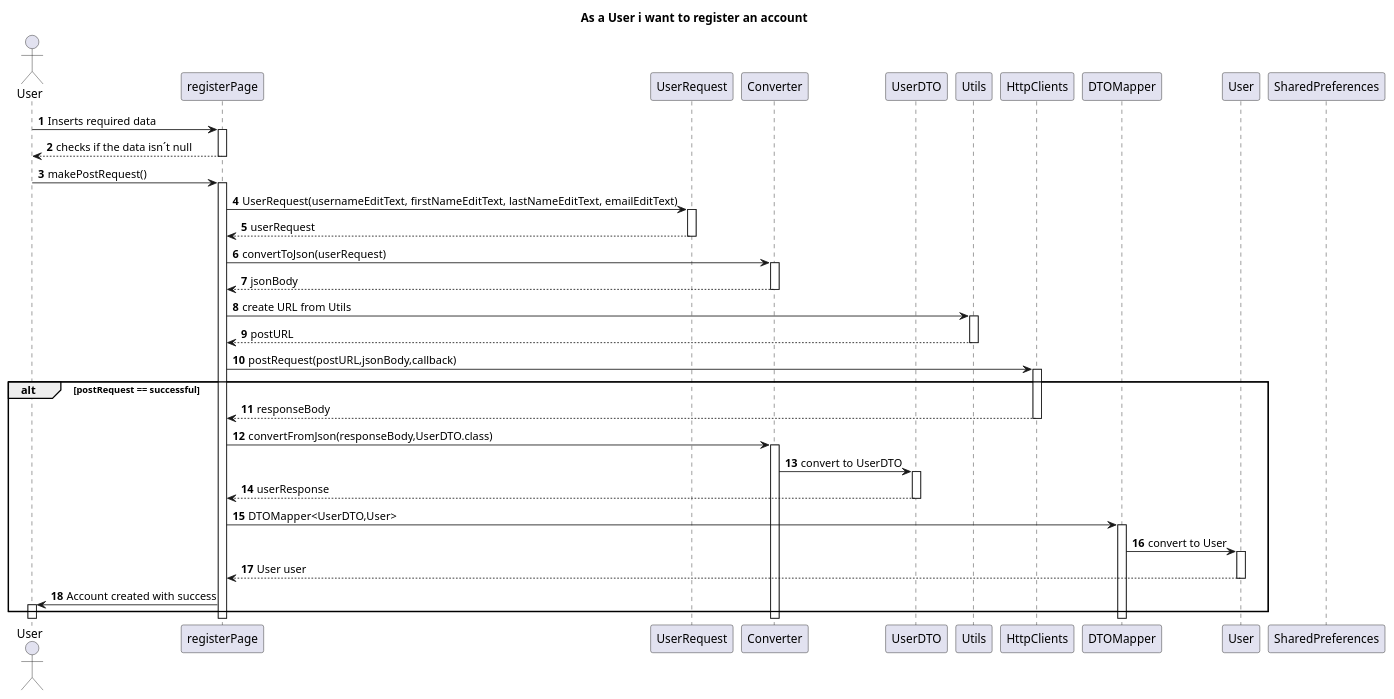
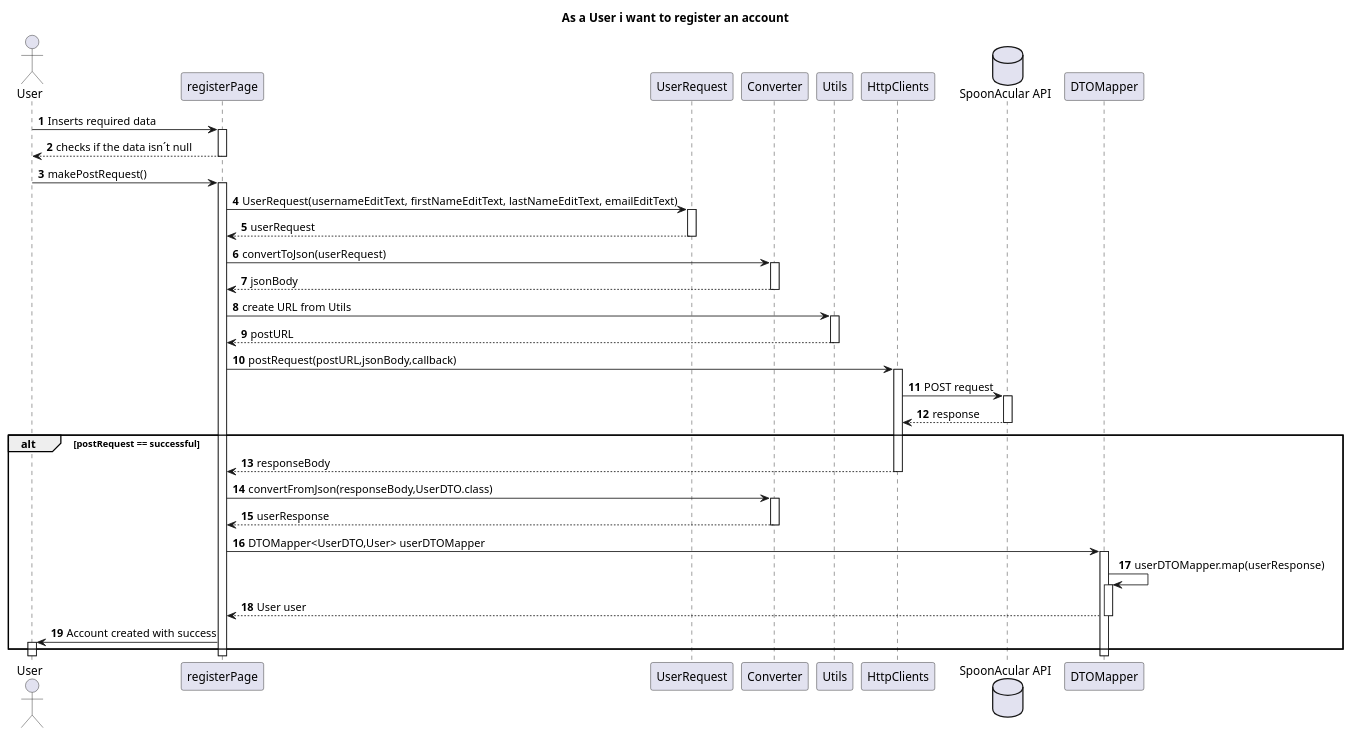
Before and after one commit to IsepMartimOliveira/DSSMV_ProjectDroid_1181754: the diagram in Documents/US/US01/SD.puml, drawn with PlantUML. The commit also changed 23 other files, not shown here.

```diff
--- a/Documents/US/US01/SD.puml
+++ b/Documents/US/US01/SD.puml
@@ -1,40 +1,39 @@
 @startuml
 autoactivate on
 autonumber
 title As a User i want to register an account
 autonumber
 actor "User" as US
 participant registerPage as RP
 participant "UserRequest" as Request
 participant "Converter" as CV
-participant "UserDTO" as  DTO
 
 participant Utils as Utils
 participant HttpClients as HTTP
+database "SpoonAcular API" as Server
 participant DTOMapper as Mapper
 
-participant "User" as User
-participant SharedPreferences as SP
 
 US->RP:Inserts required data
 RP-->US:checks if the data isn´t null
 US->RP:makePostRequest()
 RP->Request:UserRequest(usernameEditText, firstNameEditText, lastNameEditText, emailEditText)
 Request-->RP:userRequest
 RP->CV:convertToJson(userRequest)
 CV-->RP:jsonBody
 RP->Utils:create URL from Utils
 Utils-->RP:postURL
 RP->HTTP:postRequest(postURL,jsonBody,callback)
+HTTP->Server:POST request
+Server-->HTTP:response
 alt postRequest == successful
 HTTP-->RP:responseBody
 RP->CV:convertFromJson(responseBody,UserDTO.class)
-CV->DTO:convert to UserDTO
-DTO-->RP:userResponse
-RP->Mapper:DTOMapper<UserDTO,User>
-Mapper->User:convert to User
-User-->RP:User user
+CV-->RP:userResponse
+RP->Mapper:DTOMapper<UserDTO,User> userDTOMapper
+Mapper->Mapper:userDTOMapper.map(userResponse)
+Mapper-->RP:User user
 RP->US:Account created with success
 end
 
 @enduml
```
